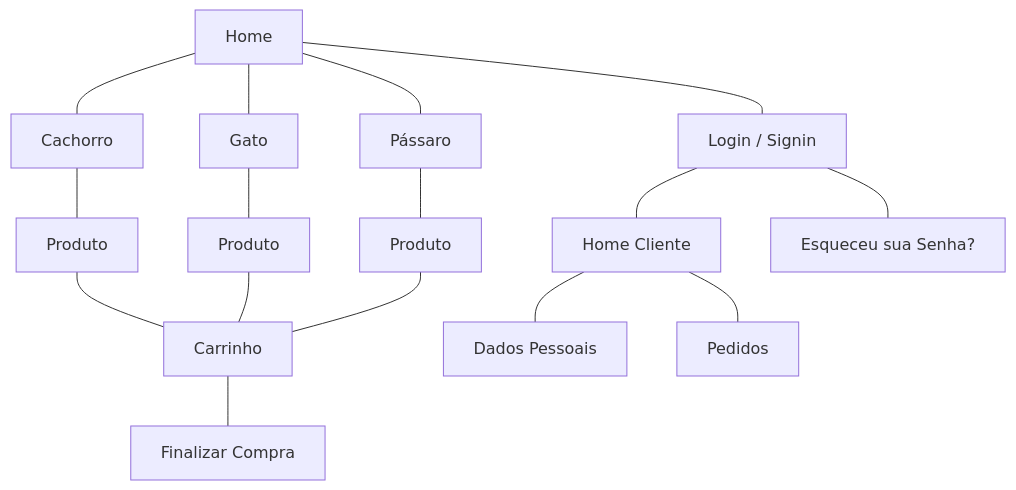
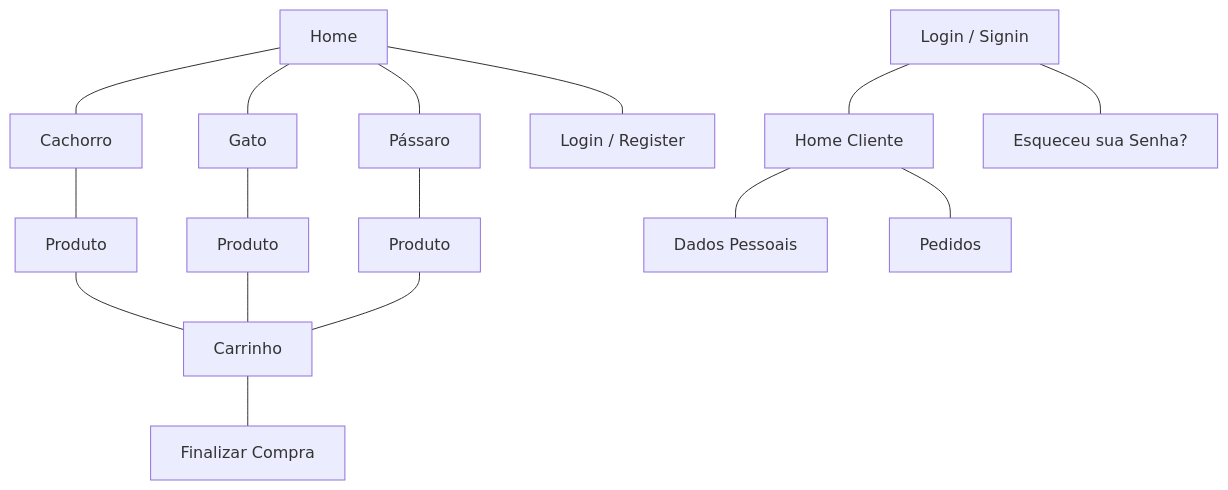
Before and after one commit to viniciussm07/pet-shop: the diagram in README.md, drawn with Mermaid.

````diff
--- a/README.md
+++ b/README.md
@@ -13,23 +13,23 @@
 ```mermaid
   graph TD;
       Home---Cachorro;
       Cachorro---produto1[Produto];
       
       Home---Gato;
       Gato---produto2[Produto];
       
       Home---Pássaro;
       Pássaro---produto3[Produto];
       
-      Home---loginSignin[Login / Signin];
+      Home---loginRegister[Login / Register];
       loginSignin---homeCliente[Home Cliente]
       loginSignin[Login / Signin]---esqueciASenha[Esqueceu sua Senha?];
       homeCliente---dadosPessoais[Dados Pessoais]
       homeCliente---Pedidos
       
       produto1---carrinho[Carrinho]
       produto2---carrinho
       produto3---carrinho
       
       carrinho---finalizarCompra[Finalizar Compra]
 ```
````
